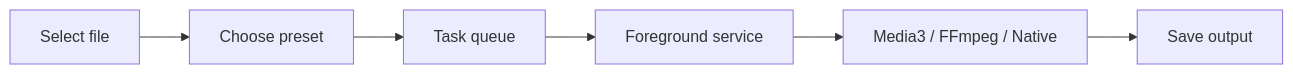
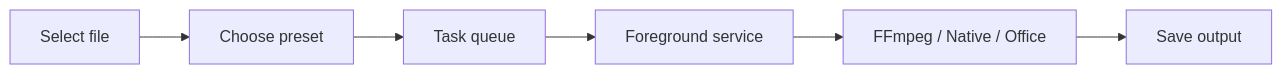
Before and after one commit to Jasonzhu1207/ZenConverter: the diagram in README.md, drawn with Mermaid. The commit also changed other lines of this file and 24 other files, not shown here.

````diff
--- a/README.md
+++ b/README.md
@@ -71,11 +71,11 @@
 ```mermaid
 flowchart LR
     Pick["Select file"]
     Preset["Choose preset"]
     Queue["Task queue"]
     Service["Foreground service"]
-    Engine["Media3 / FFmpeg / Native"]
+    Engine["FFmpeg / Native / Office"]
     Output["Save output"]
 
     Pick --> Preset --> Queue --> Service --> Engine --> Output
 ```
````
